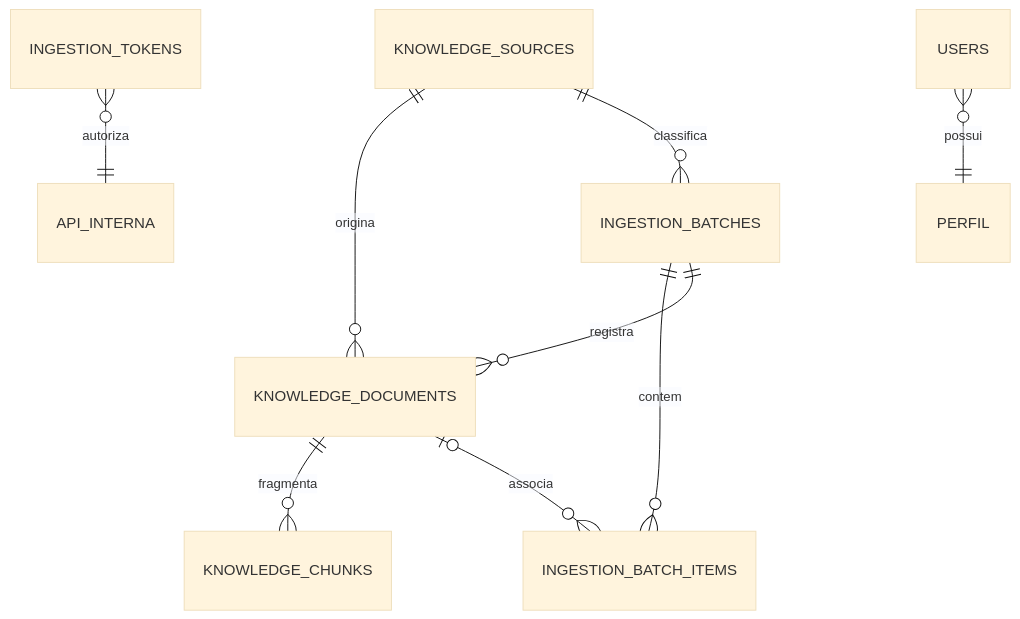
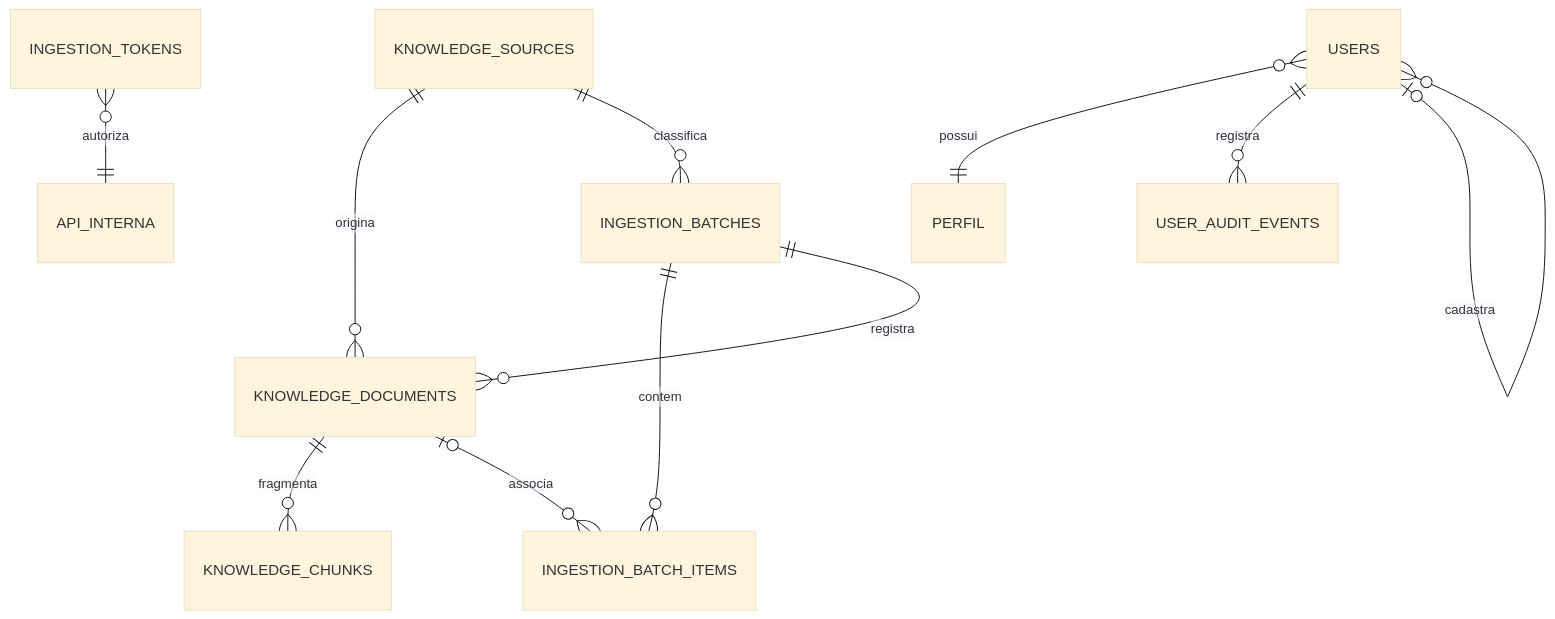
One commit to BiGSerial/bulai changed the diagram in docs/tcc/02-modelagem-de-dados.md. Above: the diagram before and after it, drawn with Mermaid (base theme). The commit also changed other lines of this file and 52 other files, not shown here.

````diff
--- a/docs/tcc/02-modelagem-de-dados.md
+++ b/docs/tcc/02-modelagem-de-dados.md
@@ -7,11 +7,13 @@
 ```mermaid
 erDiagram
     KNOWLEDGE_SOURCES ||--o{ KNOWLEDGE_DOCUMENTS : origina
     KNOWLEDGE_SOURCES ||--o{ INGESTION_BATCHES : classifica
     INGESTION_BATCHES ||--o{ INGESTION_BATCH_ITEMS : contem
     INGESTION_BATCHES ||--o{ KNOWLEDGE_DOCUMENTS : registra
     KNOWLEDGE_DOCUMENTS ||--o{ KNOWLEDGE_CHUNKS : fragmenta
     KNOWLEDGE_DOCUMENTS o|--o{ INGESTION_BATCH_ITEMS : associa
     INGESTION_TOKENS }o--|| API_INTERNA : autoriza
     USERS }o--|| PERFIL : possui
+    USERS ||--o{ USER_AUDIT_EVENTS : registra
+    USERS o|--o{ USERS : cadastra
 ```
````
